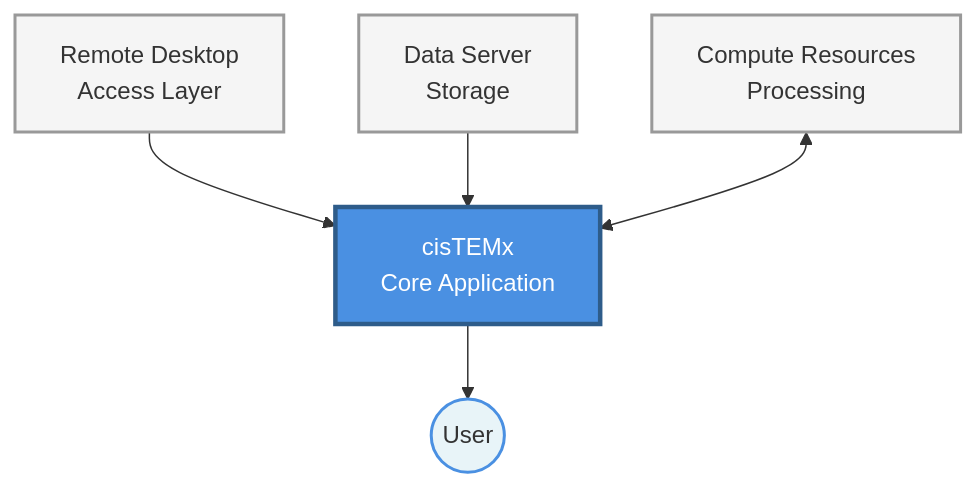
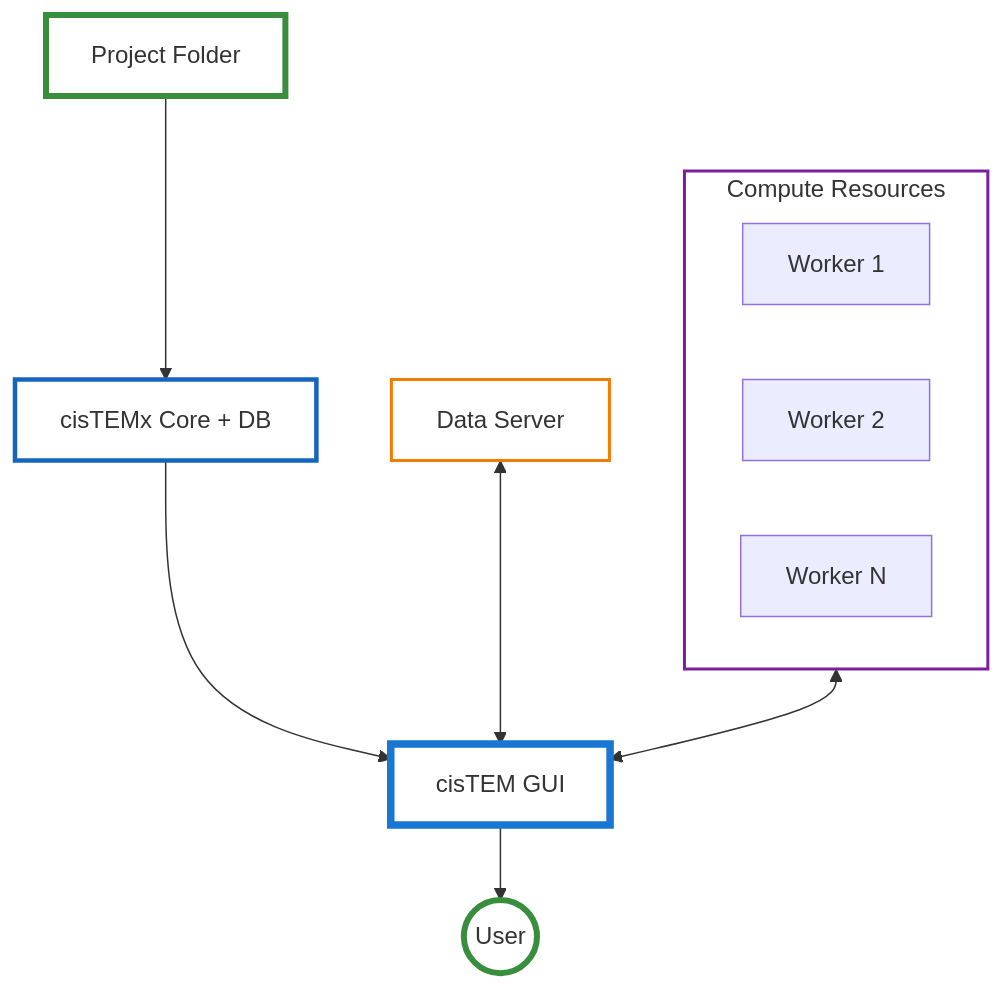
One commit to StochasticAnalytics/cisTEMx changed the first of 3 diagrams in docs/developer/architecture.md. Above: the diagram before and after it, drawn with Mermaid. The commit also changed other lines of this file and 5 other files, not shown here.

````diff
--- a/docs/developer/architecture.md
+++ b/docs/developer/architecture.md
@@ -19,19 +19,34 @@
     ```mermaid
     flowchart TB
-        RD[Remote Desktop<br/>Access Layer]
-        DS[Data Server<br/>Storage]
-        CT[cisTEMx<br/>Core Application]
-        USER((User))
-        CP[Compute Resources<br/>Processing]
+        %% Core vertical flow
+        ProjectFolder[Project Folder]
+        Core[cisTEMx Core + DB]
+        GUI[cisTEM GUI]
+        User((User))
 
-        RD --> CT
-        DS --> CT
-        CT --> USER
-        CP <--> CT
+        %% Supporting infrastructure
+        subgraph ComputeResources[Compute Resources]
+            Worker1[Worker 1]
+            Worker2[Worker 2]
+            Worker3[Worker N]
+        end
 
-        style CT fill:#4A90E2,stroke:#2E5C8A,stroke-width:3px,color:#fff
-        style USER fill:#E8F4F8,stroke:#4A90E2,stroke-width:2px
-        style RD fill:#F5F5F5,stroke:#999,stroke-width:2px
-        style DS fill:#F5F5F5,stroke:#999,stroke-width:2px
-        style CP fill:#F5F5F5,stroke:#999,stroke-width:2px
+        DataServer[Data Server]
+
+        %% Primary user interaction flow
+        ProjectFolder --> Core
+        Core --> GUI
+        GUI --> User
+
+        %% Infrastructure connections
+        ComputeResources <--> GUI
+        DataServer <--> GUI
+
+        %% Prominent styling for user-facing elements - no fill, borders only
+        style User fill:none,stroke:#388E3C,stroke-width:4px
+        style GUI fill:none,stroke:#1976D2,stroke-width:5px
+        style Core fill:none,stroke:#1565C0,stroke-width:3px
+        style ProjectFolder fill:none,stroke:#388E3C,stroke-width:4px
+        style ComputeResources fill:none,stroke:#7B1FA2,stroke-width:2px
+        style DataServer fill:none,stroke:#F57C00,stroke-width:2px
     ```
````
